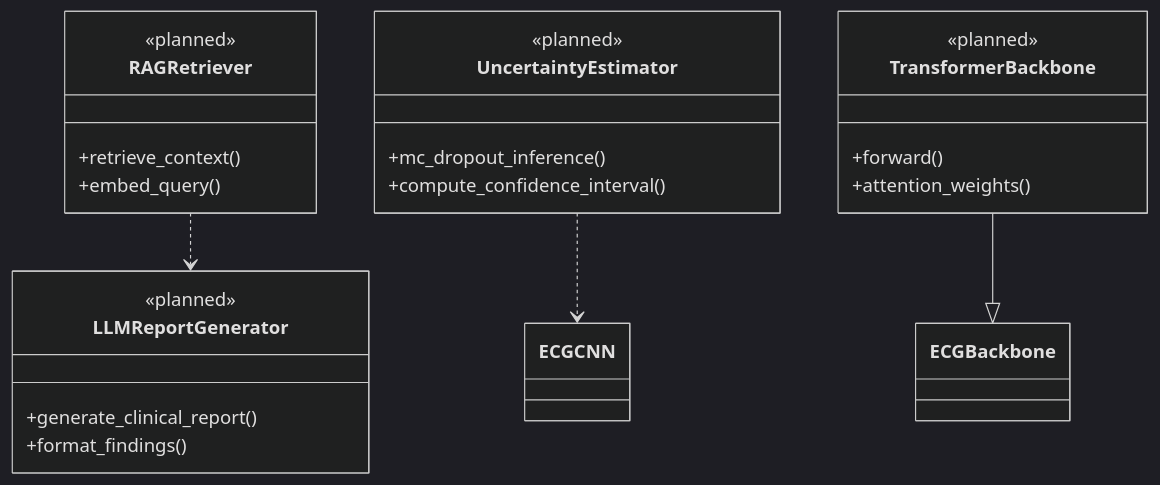
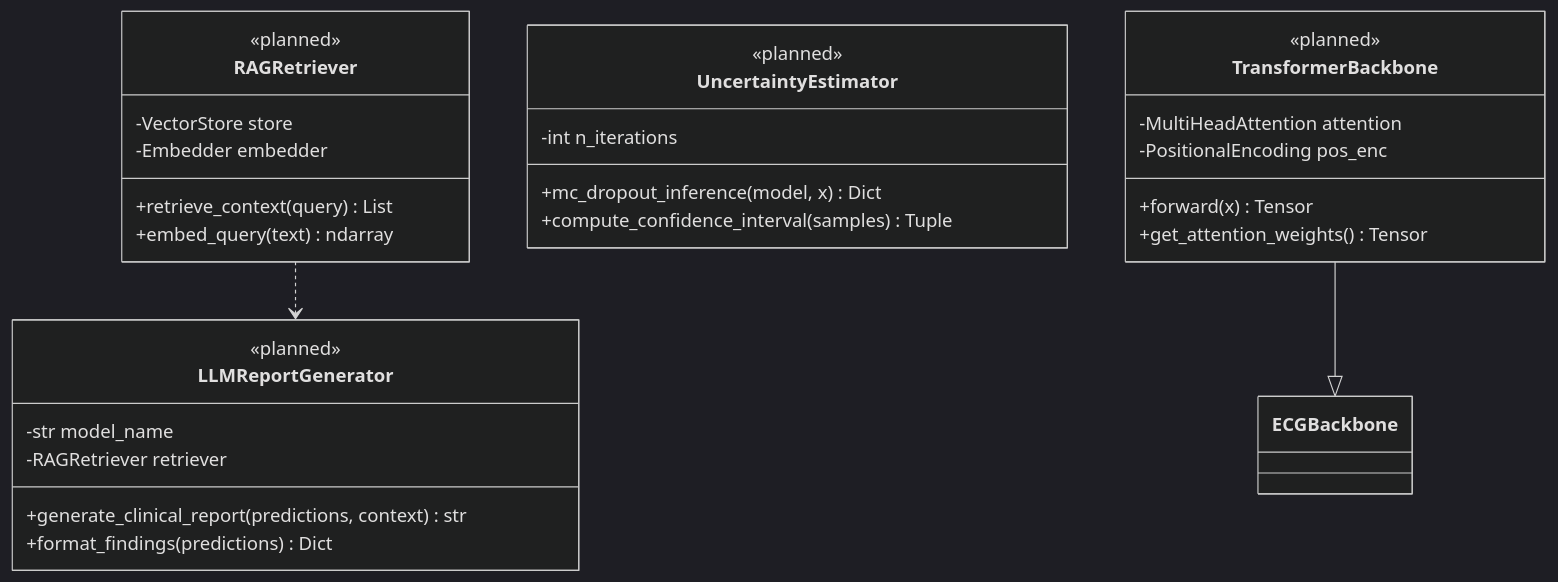
One commit to mUsaulug/CardioGuard-AI changed the seventh of 7 diagrams in docs/diagrams/03_class_diagram.md. Above: the diagram before and after it, drawn with Mermaid (dark theme). The commit also changed other lines of this file and 3 other files, not shown here.

````diff
--- a/docs/diagrams/03_class_diagram.md
+++ b/docs/diagrams/03_class_diagram.md
@@ -272,32 +325,38 @@
 ```mermaid
 classDiagram
     direction TB
     
     class RAGRetriever {
         <<planned>>
-        +retrieve_context()
-        +embed_query()
+        -VectorStore store
+        -Embedder embedder
+        +retrieve_context(query) List
+        +embed_query(text) ndarray
     }
     
     class UncertaintyEstimator {
         <<planned>>
-        +mc_dropout_inference()
-        +compute_confidence_interval()
+        -int n_iterations
+        +mc_dropout_inference(model, x) Dict
+        +compute_confidence_interval(samples) Tuple
     }
     
     class LLMReportGenerator {
         <<planned>>
-        +generate_clinical_report()
-        +format_findings()
+        -str model_name
+        -RAGRetriever retriever
+        +generate_clinical_report(predictions, context) str
+        +format_findings(predictions) Dict
     }
     
     class TransformerBackbone {
         <<planned>>
-        +forward()
-        +attention_weights()
+        -MultiHeadAttention attention
+        -PositionalEncoding pos_enc
+        +forward(x) Tensor
+        +get_attention_weights() Tensor
     }
     
     RAGRetriever ..> LLMReportGenerator
-    UncertaintyEstimator ..> ECGCNN
     TransformerBackbone --|> ECGBackbone
 ```
````
